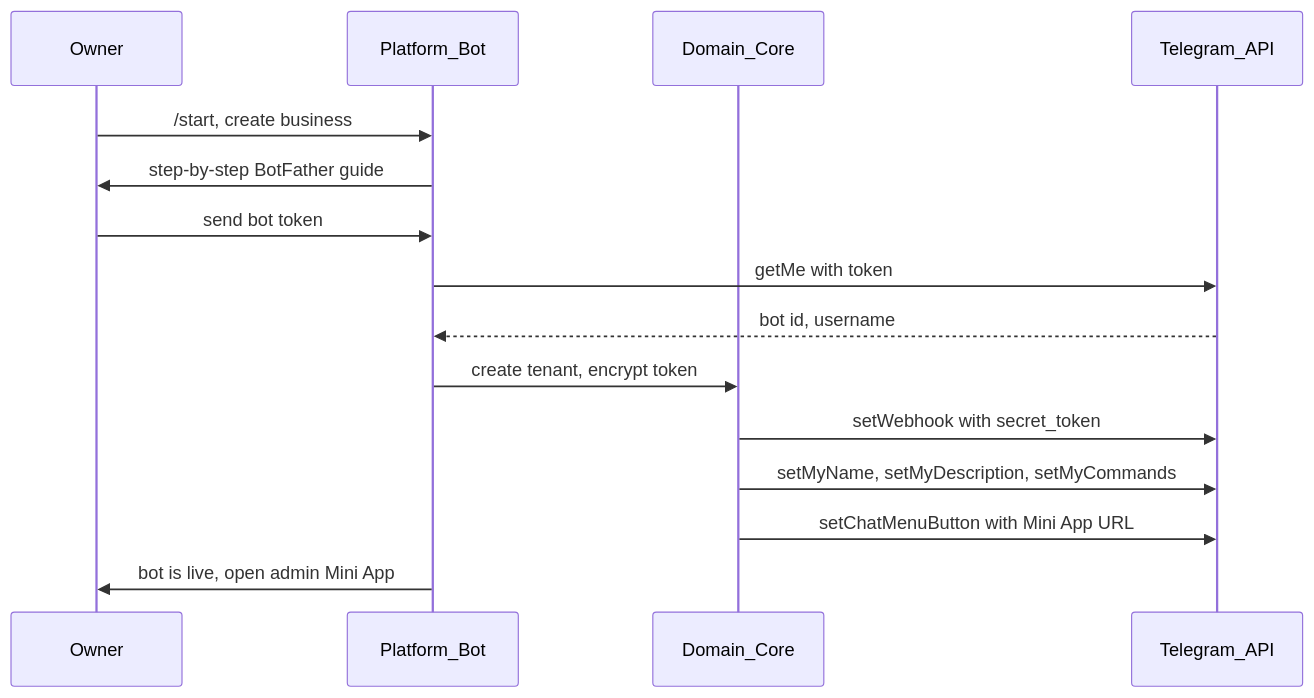
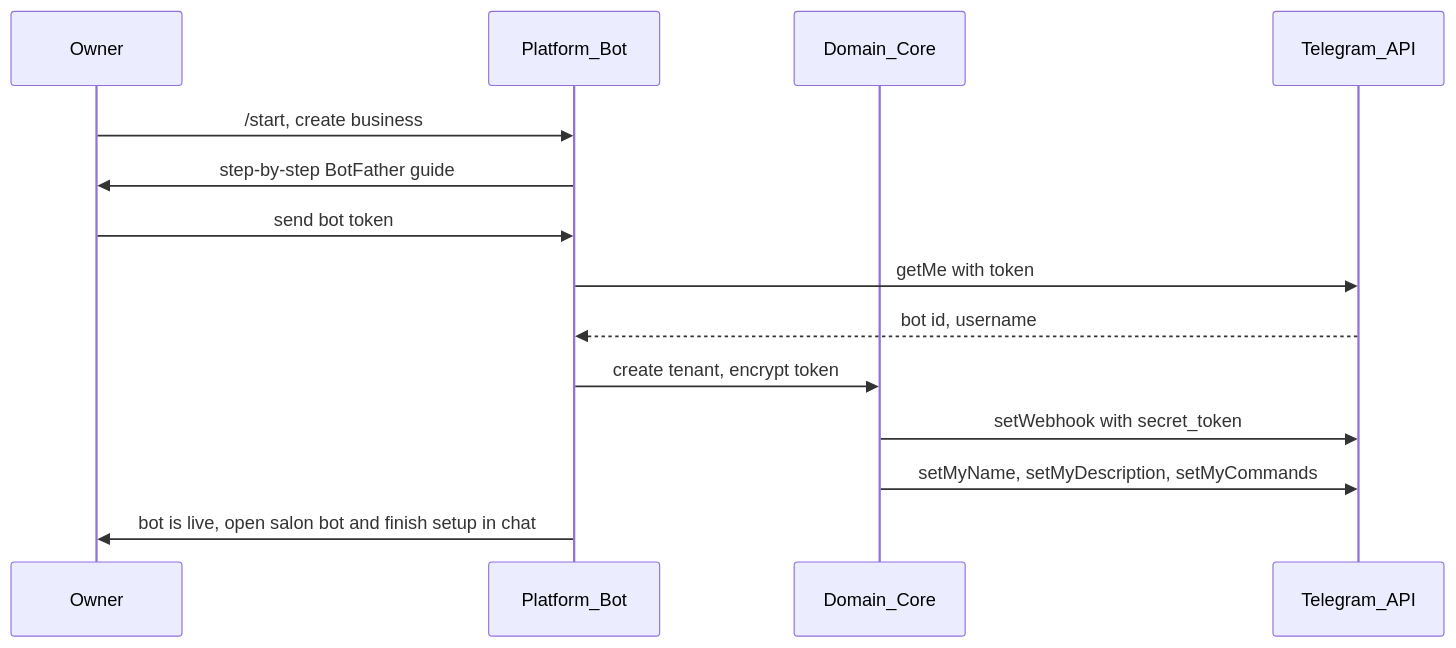
One commit to zxckotee/beaty changed the second of 3 diagrams in docs/architecture.md. Above: the diagram before and after it, drawn with Mermaid. The commit also changed other lines of this file and 60 other files, not shown here.

First line of the commit message:
refactor: bot-only UX — drop Mini App, web image, and CI frontend

````diff
--- a/docs/architecture.md
+++ b/docs/architecture.md
@@ -64,17 +63,16 @@
 ```mermaid
 sequenceDiagram
     participant Owner as Owner
     participant PB as Platform_Bot
     participant Core as Domain_Core
     participant TG as Telegram_API
     Owner->>PB: /start, create business
     PB->>Owner: step-by-step BotFather guide
     Owner->>PB: send bot token
     PB->>TG: getMe with token
     TG-->>PB: bot id, username
     PB->>Core: create tenant, encrypt token
     Core->>TG: setWebhook with secret_token
     Core->>TG: setMyName, setMyDescription, setMyCommands
-    Core->>TG: setChatMenuButton with Mini App URL
-    PB->>Owner: bot is live, open admin Mini App
+    PB->>Owner: bot is live, open salon bot and finish setup in chat
 ```
````
